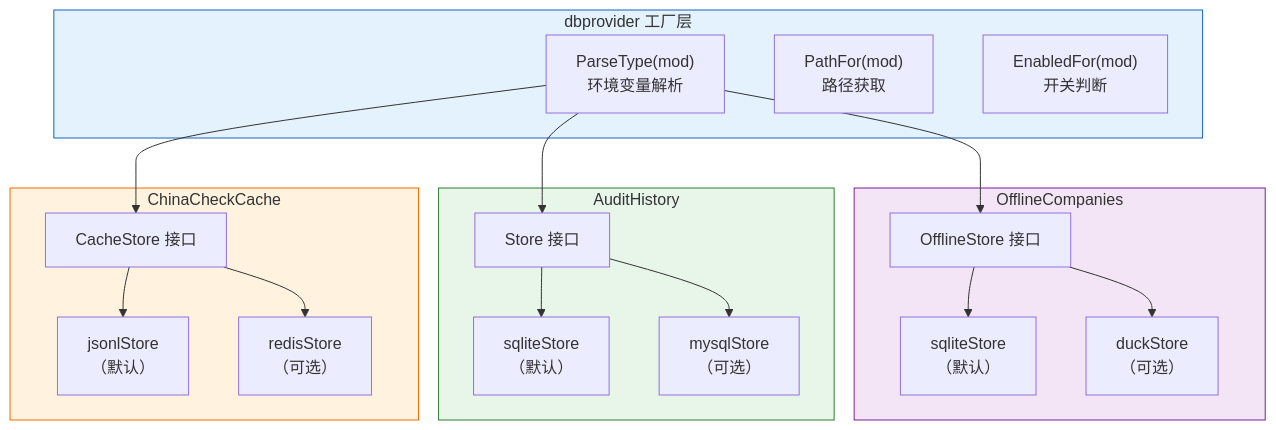
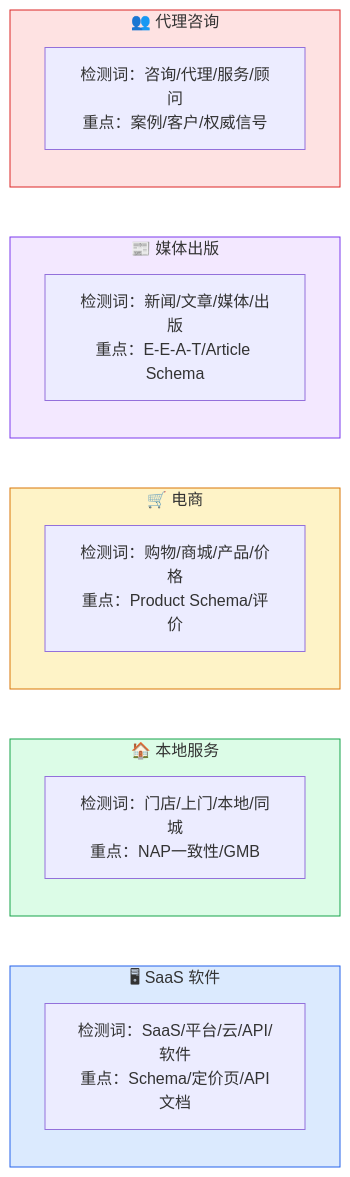
Diagram 11 of 31 in docs/architecture.md (deep2code/geo), drawn with Mermaid before and after one commit. The commit also changed other lines of this file and 3 other files, not shown here.

First line of the commit message:
docs: 全面美化文档，大量采用 Mermaid 图表

````diff
--- a/docs/architecture.md
+++ b/docs/architecture.md
@@ -168,36 +267,24 @@
 ```mermaid
-graph TB
-    subgraph dbprovider["dbprovider 工厂层"]
-        PARSE["ParseType(mod)<br/>环境变量解析"]
-        PATH["PathFor(mod)<br/>路径获取"]
-        EN["EnabledFor(mod)<br/>开关判断"]
+graph LR
+    subgraph V1["🖥 SaaS 软件"]
+        V1d["检测词：SaaS/平台/云/API/软件<br/>重点：Schema/定价页/API文档"]
+    end
+    subgraph V2["🏠 本地服务"]
+        V2d["检测词：门店/上门/本地/同城<br/>重点：NAP一致性/GMB"]
+    end
+    subgraph V3["🛒 电商"]
+        V3d["检测词：购物/商城/产品/价格<br/>重点：Product Schema/评价"]
+    end
+    subgraph V4["📰 媒体出版"]
+        V4d["检测词：新闻/文章/媒体/出版<br/>重点：E-E-A-T/Article Schema"]
+    end
+    subgraph V5["👥 代理咨询"]
+        V5d["检测词：咨询/代理/服务/顾问<br/>重点：案例/客户/权威信号"]
     end
 
-    subgraph 离线工商库["OfflineCompanies"]
-        OS["OfflineStore 接口"]
-        OSQ["sqliteStore<br/>（默认）"]
-        OD["duckStore<br/>（可选）"]
-    end
-
-    subgraph 审计历史库["AuditHistory"]
-        HS["Store 接口"]
-        HSQ["sqliteStore<br/>（默认）"]
-        HM["mysqlStore<br/>（可选）"]
-    end
-
-    subgraph 缓存["ChinaCheckCache"]
-        CS["CacheStore 接口"]
-        CJ["jsonlStore<br/>（默认）"]
-        CR["redisStore<br/>（可选）"]
-    end
-
-    PARSE --> OS & HS & CS
-    OS --> OSQ & OD
-    HS --> HSQ & HM
-    CS --> CJ & CR
-
-    style dbprovider fill:#e3f2fd,stroke:#1565c0
-    style 离线工商库 fill:#f3e5f5,stroke:#7b1fa2
-    style 审计历史库 fill:#e8f5e9,stroke:#2e7d32
-    style 缓存 fill:#fff3e0,stroke:#ef6c00
+    style V1 fill:#dbeafe,stroke:#2563eb
+    style V2 fill:#dcfce7,stroke:#16a34a
+    style V3 fill:#fef3c7,stroke:#d97706
+    style V4 fill:#f3e8ff,stroke:#7c3aed
+    style V5 fill:#fee2e2,stroke:#dc2626
 ```
````
